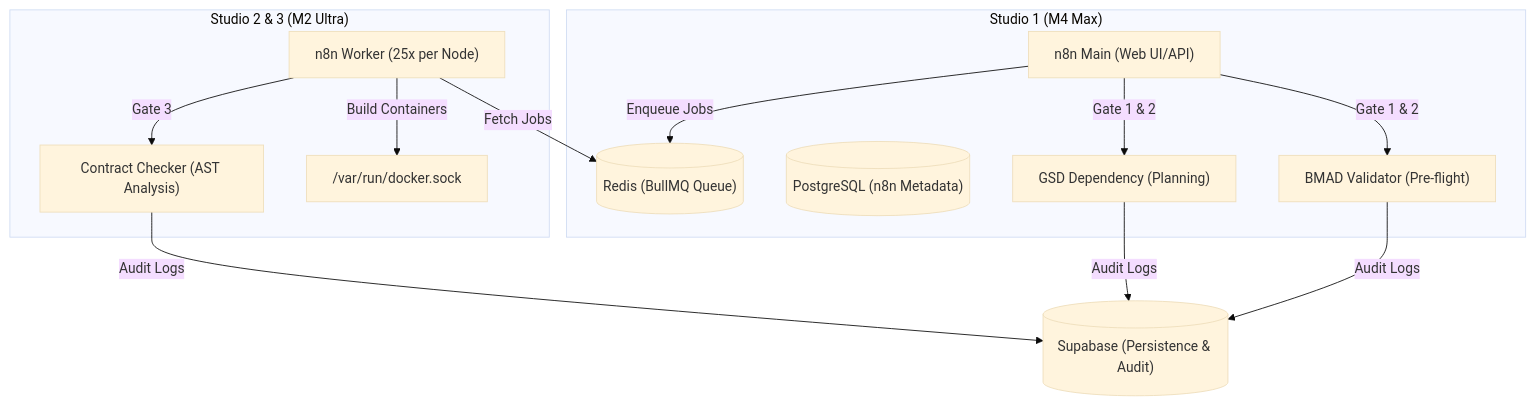
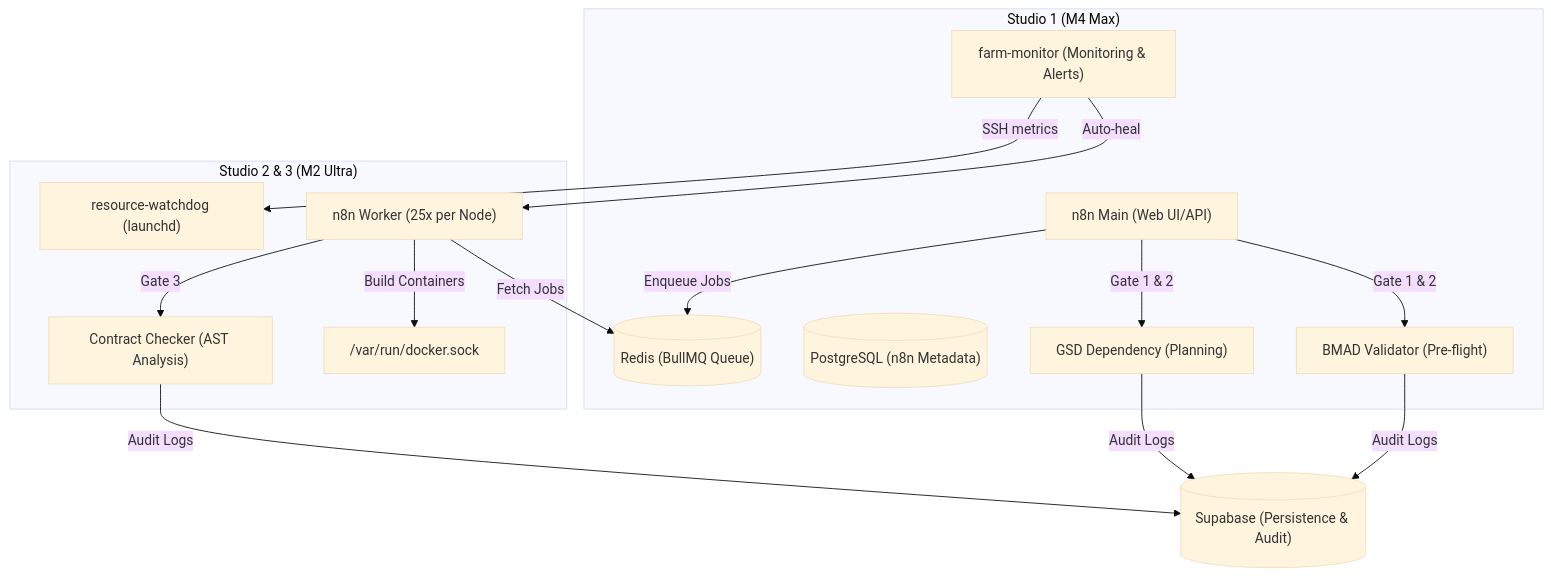
Before and after one commit to youwenshao/mismo: the diagram in docker/n8n-ha/DEPLOYMENT.md, drawn with Mermaid (base theme). The commit also changed other lines of this file and 98 other files, not shown here.

First line of the commit message:
feat(internal): Mission Control Phase 2 and Agent Farm monitoring

````diff
--- a/docker/n8n-ha/DEPLOYMENT.md
+++ b/docker/n8n-ha/DEPLOYMENT.md
@@ -9,25 +9,29 @@
 ```mermaid
 graph TD
     subgraph Control_Plane ["Studio 1 (M4 Max)"]
         n8nMain["n8n Main (Web UI/API)"]
+        FarmMonitor["farm-monitor (Monitoring & Alerts)"]
         Redis[("Redis (BullMQ Queue)")]
         PG[("PostgreSQL (n8n Metadata)")]
         BmadService["BMAD Validator (Pre-flight)"]
         GsdService["GSD Dependency (Planning)"]
     end
 
     subgraph Execution_Plane ["Studio 2 & 3 (M2 Ultra)"]
+        Watchdog["resource-watchdog (launchd)"]
         n8nWorker["n8n Worker (25x per Node)"]
         ContractService["Contract Checker (AST Analysis)"]
         DockerSock["/var/run/docker.sock"]
     end
 
     Supabase[("Supabase (Persistence & Audit)")]
 
     n8nMain -->|"Enqueue Jobs"| Redis
     n8nWorker -->|"Fetch Jobs"| Redis
     n8nMain -->|"Gate 1 & 2"| BmadService & GsdService
     n8nWorker -->|"Gate 3"| ContractService
     BmadService & GsdService & ContractService -->|"Audit Logs"| Supabase
     n8nWorker -->|"Build Containers"| DockerSock
+    FarmMonitor -->|"SSH metrics"| Watchdog
+    FarmMonitor -->|"Auto-heal"| n8nWorker
 ```
````
